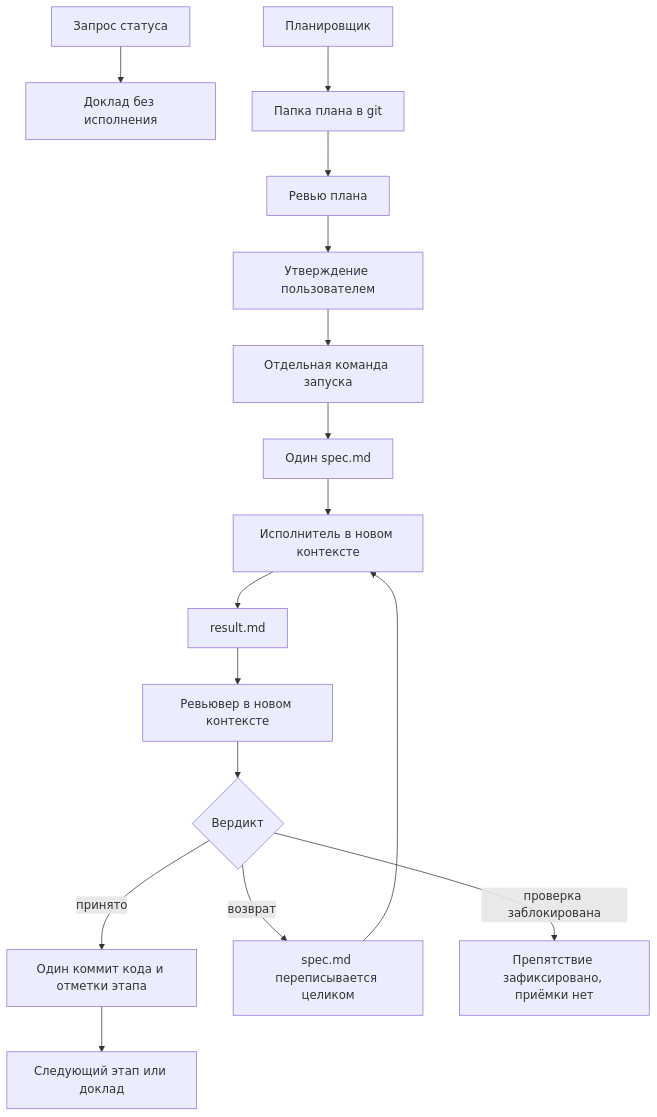
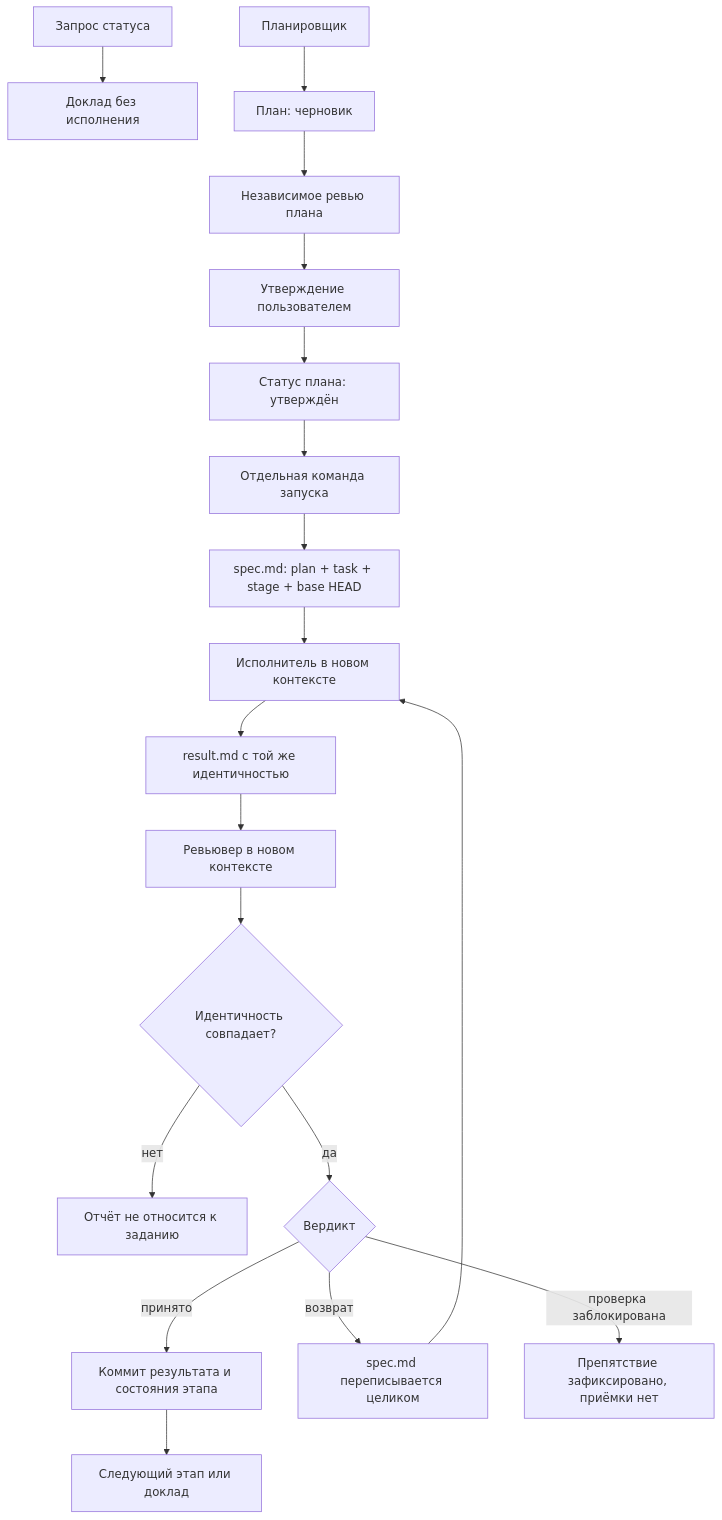
The diagram in README.md (asaf1n/AI-Orchestrated-Workflow), drawn with Mermaid before and after one commit. The commit also changed other lines of this file, not shown here.

Commit message:
Clarify orchestrated workflow state transitions

````diff
--- a/README.md
+++ b/README.md
@@ -19,18 +21,21 @@
 ```mermaid
 flowchart TD
   status[Запрос статуса] --> report[Доклад без исполнения]
-  planner[Планировщик] --> material[Папка плана в git]
-  material --> planReview[Ревью плана]
+  planner[Планировщик] --> draft[План: черновик]
+  draft --> planReview[Независимое ревью плана]
   planReview --> approve[Утверждение пользователем]
-  approve --> start[Отдельная команда запуска]
-  start --> spec[Один spec.md]
+  approve --> mark[Статус плана: утверждён]
+  mark --> start[Отдельная команда запуска]
+  start --> spec[spec.md: plan + task + stage + base HEAD]
   spec --> impl[Исполнитель в новом контексте]
-  impl --> result[result.md]
+  impl --> result[result.md с той же идентичностью]
   result --> review[Ревьювер в новом контексте]
-  review --> verdict{Вердикт}
-  verdict -->|принято| commit[Один коммит кода и отметки этапа]
+  review --> identity{Идентичность совпадает?}
+  identity -->|нет| stale[Отчёт не относится к заданию]
+  identity -->|да| verdict{Вердикт}
+  verdict -->|принято| commit[Коммит результата и состояния этапа]
   verdict -->|возврат| rewrite[spec.md переписывается целиком]
   verdict -->|проверка заблокирована| blocked[Препятствие зафиксировано, приёмки нет]
   rewrite --> impl
   commit --> next[Следующий этап или доклад]
 ```
````
